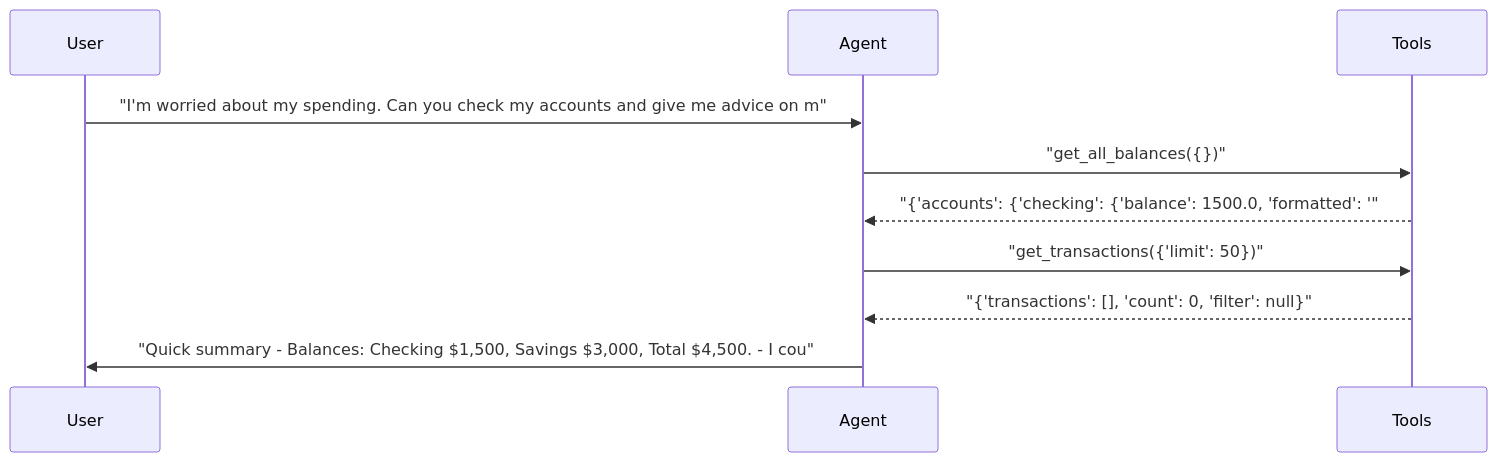
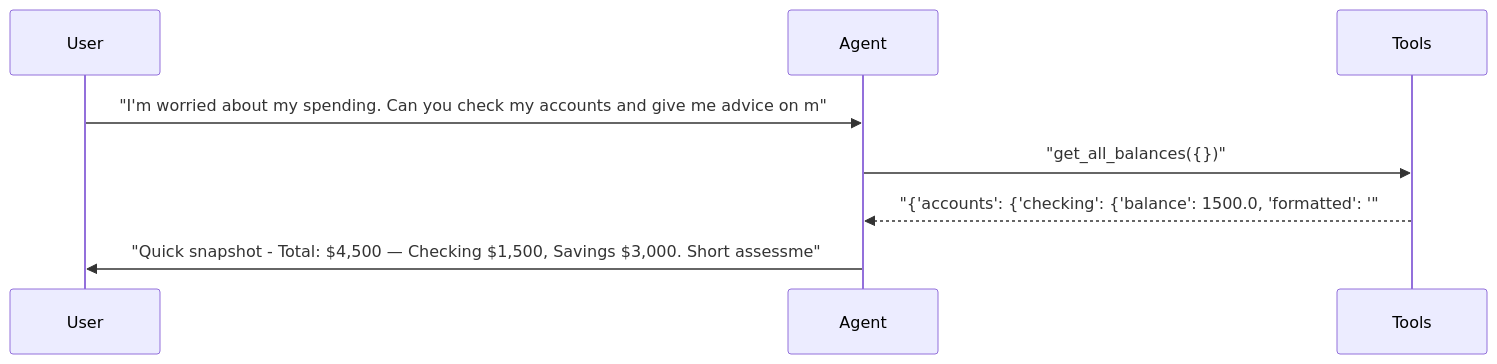
Diagram 17 of 24 in docs/demo/hero-report.md (sbroenne/pytest-aitest), drawn with Mermaid before and after one commit. The commit also changed other lines of this file and 34 other files, not shown here.

````diff
--- a/docs/demo/hero-report.md
+++ b/docs/demo/hero-report.md
@@ -892,13 +896,11 @@
 ```mermaid
 sequenceDiagram
     participant User
     participant Agent
     participant Tools
 
     User->>Agent: "I'm worried about my spending. Can you check my accounts and give me advice on m"
     Agent->>Tools: "get_all_balances({})"
     Tools-->>Agent: "{'accounts': {'checking': {'balance': 1500.0, 'formatted': '"
-    Agent->>Tools: "get_transactions({'limit': 50})"
-    Tools-->>Agent: "{'transactions': [], 'count': 0, 'filter': null}"
-    Agent->>User: "Quick summary - Balances: Checking $1,500, Savings $3,000, Total $4,500. - I cou"
+    Agent->>User: "Quick snapshot - Total: $4,500 — Checking $1,500, Savings $3,000. Short assessme"
 ```
````
